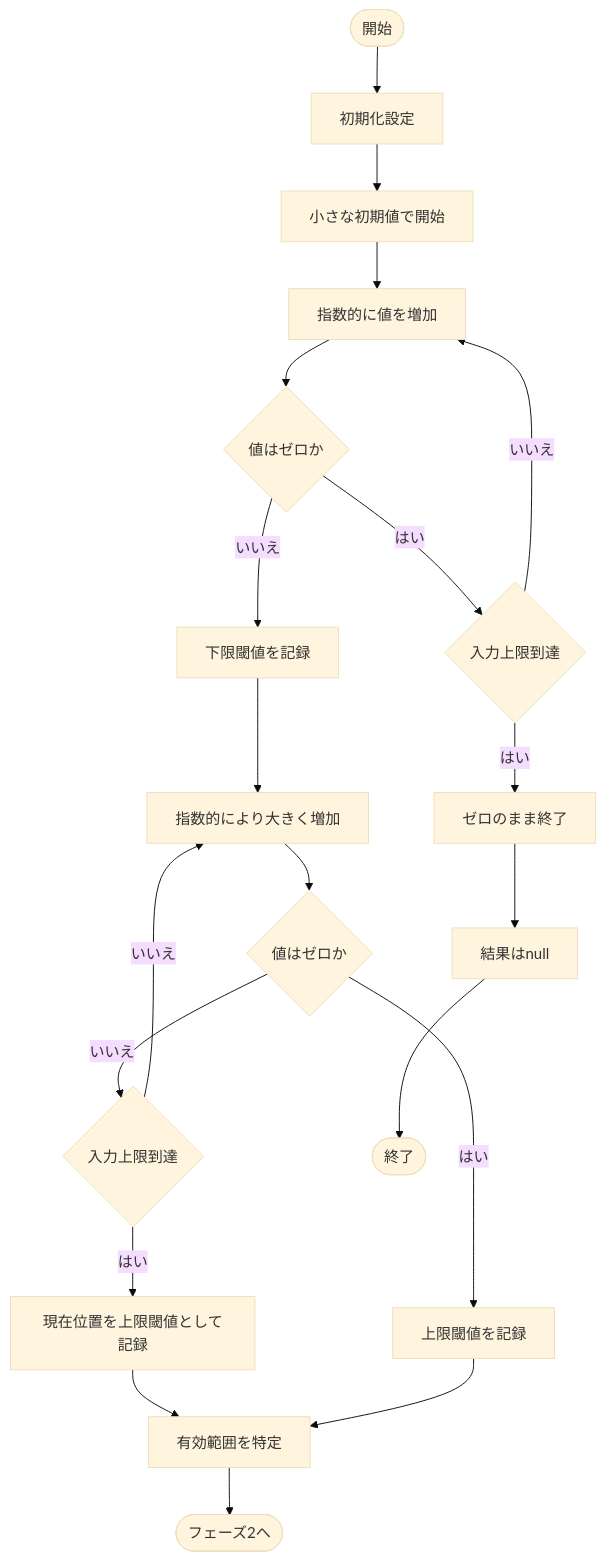
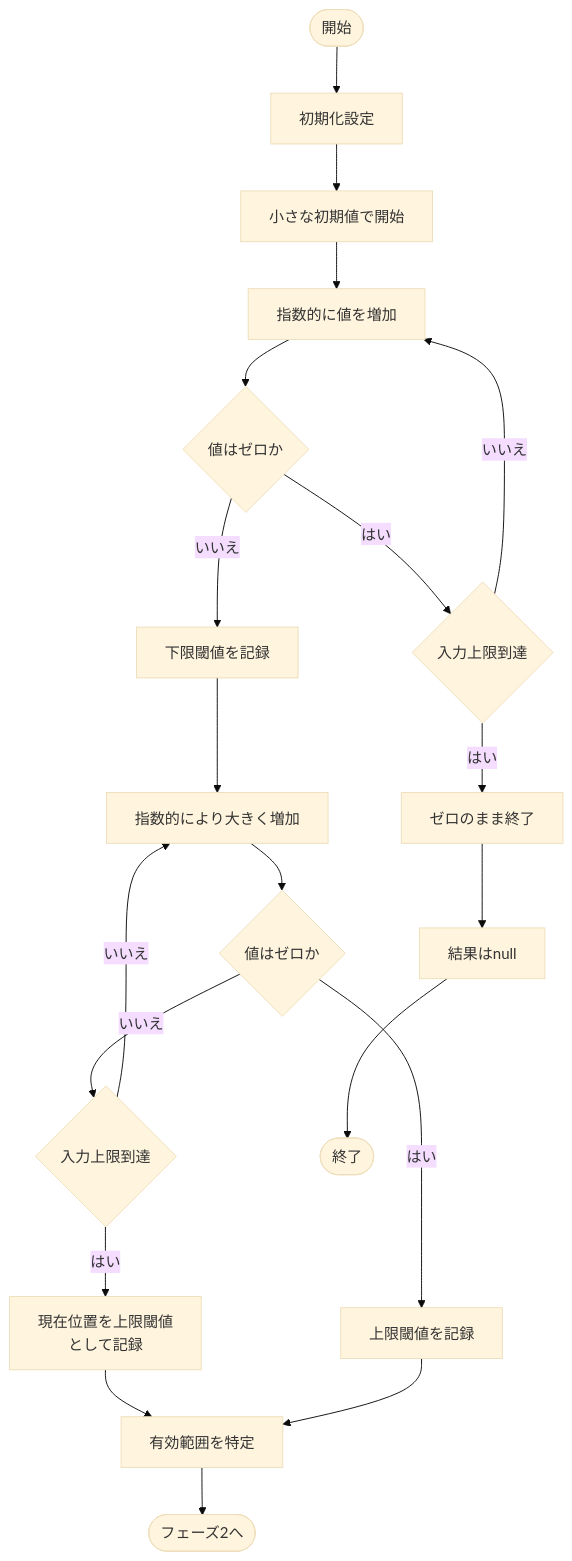
Before and after one commit to fathens/zaciraci: the first of 5 diagrams in diagram/optimization_algorithm.md, drawn with Mermaid (base theme). The commit also changed other lines of this file, not shown here.

First line of the commit message:
fix(diagram): replace \n with <br/> for proper line breaks

````diff
--- a/diagram/optimization_algorithm.md
+++ b/diagram/optimization_algorithm.md
@@ -11,26 +11,26 @@
 ```mermaid
 graph TD
     A(["開始"]) --> B["初期化設定"]
     B --> C["小さな初期値で開始"]
     
     C --> D["指数的に値を増加"]
     D --> E{"値はゼロか"}
     E -->|"はい"| F{"入力上限到達"}
     F -->|"はい"| G["ゼロのまま終了"]
     F -->|"いいえ"| D
     
     E -->|"いいえ"| H["下限閾値を記録"]
     H --> I["指数的により大きく増加"]
     I --> J{"値はゼロか"}
     J -->|"いいえ"| K{"入力上限到達"}
-    K -->|"はい"| L["現在位置を上限閾値として記録"]
+    K -->|"はい"| L["現在位置を上限閾値<br/>として記録"]
     K -->|"いいえ"| I
     
     J -->|"はい"| M["上限閾値を記録"]
     L --> N["有効範囲を特定"]
     M --> N
     
     N --> O(["フェーズ2へ"])
     G --> Z["結果はnull"]
     Z --> ZZ(["終了"])
 ```
````
